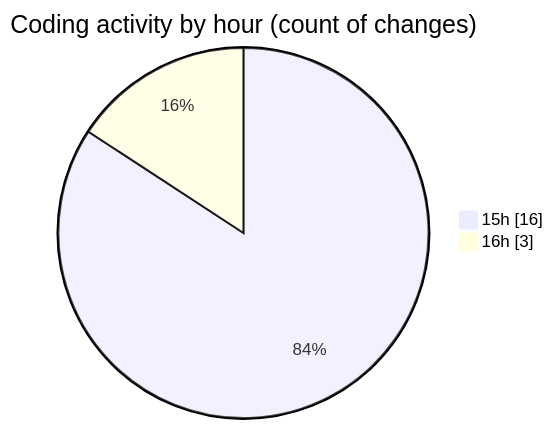
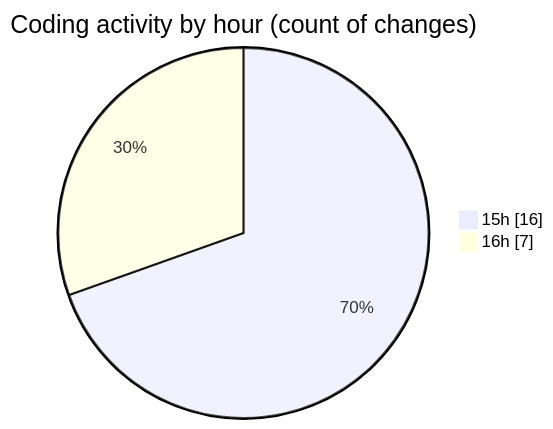
The second of 2 diagrams in 2025-10-01/oura-api/README.md (mevix1/code-tracking), drawn with Mermaid before and after one commit. The commit also changed other lines of this file and 1 other file, not shown here.

````diff
--- a/2025-10-01/oura-api/README.md
+++ b/2025-10-01/oura-api/README.md
@@ -36,6 +40,6 @@
 ```mermaid
 pie showData
 title Coding activity by hour (count of changes)
 "15h" : 16
-"16h" : 3
+"16h" : 7
 ```
````
